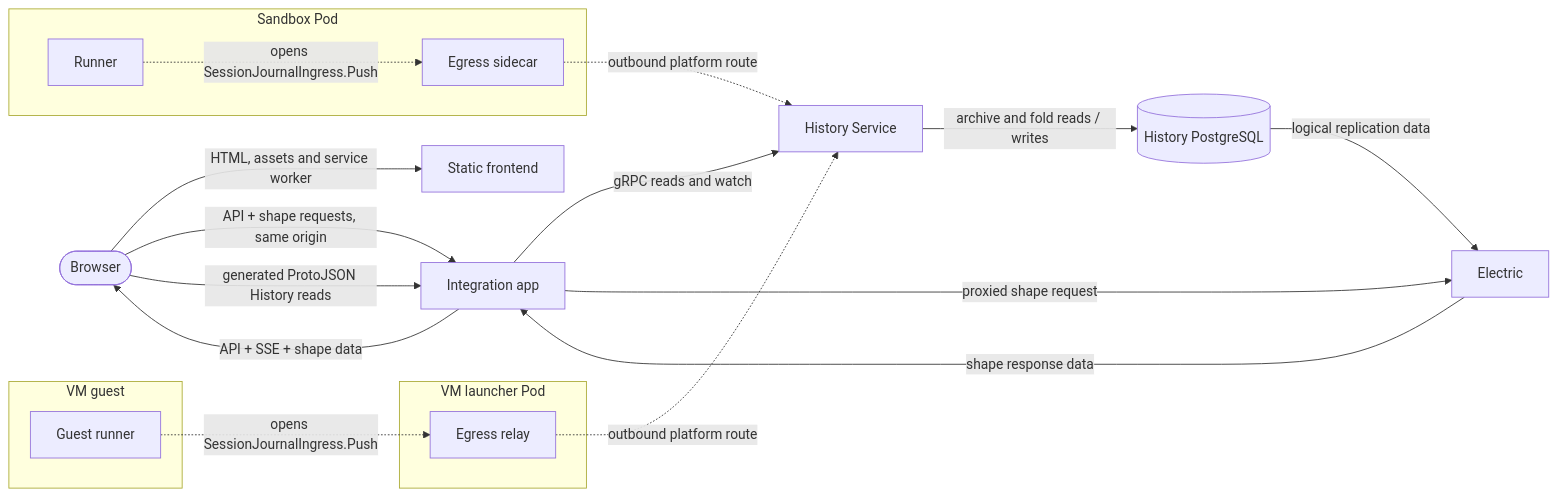
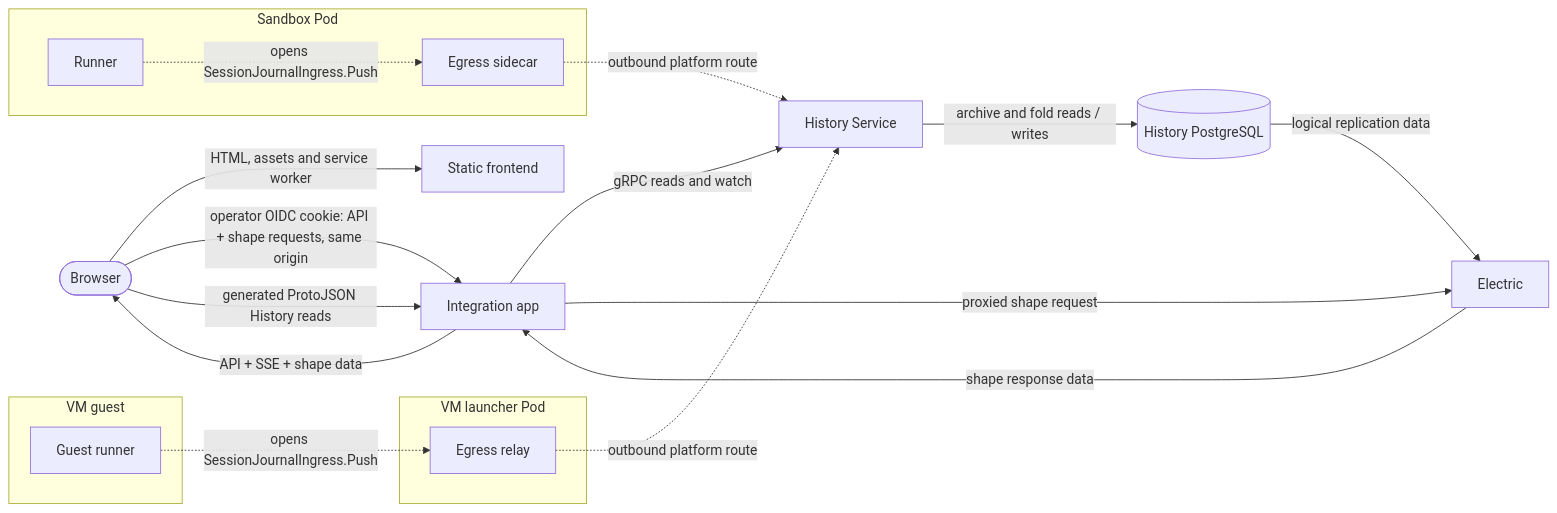
One commit to agentydragon/ducktape changed the tenth of 15 diagrams in agentplane/docs/system_overview.md. Above: the diagram before and after it, drawn with Mermaid. The commit also changed other lines of this file and 28 other files, not shown here.

````diff
--- a/agentplane/docs/system_overview.md
+++ b/agentplane/docs/system_overview.md
@@ -539,33 +539,33 @@
 ```mermaid
 flowchart LR
     browser([Browser])
     frontend[Static frontend]
     app[Integration app]
     history[History Service]
     history_db[(History PostgreSQL)]
     electric[Electric]
     subgraph pod[Sandbox Pod]
         runner[Runner]
         sidecar[Egress sidecar]
     end
     subgraph vm_guest[VM guest]
         guest[Guest runner]
     end
     subgraph vm_pod[VM launcher Pod]
         relay[Egress relay]
     end
 
     browser -->|HTML, assets and service worker| frontend
-    browser -->|API + shape requests, same origin| app
+    browser -->|operator OIDC cookie: API + shape requests, same origin| app
     browser -->|generated ProtoJSON History reads| app
     app -->|gRPC reads and watch| history
     app -->|proxied shape request| electric
     electric -->|shape response data| app
     app -->|API + SSE + shape data| browser
     runner -.->|opens SessionJournalIngress.Push| sidecar
     sidecar -.->|outbound platform route| history
     guest -.->|opens SessionJournalIngress.Push| relay
     relay -.->|outbound platform route| history
     history -->|archive and fold reads / writes| history_db
     history_db -->|logical replication data| electric
 ```
````
